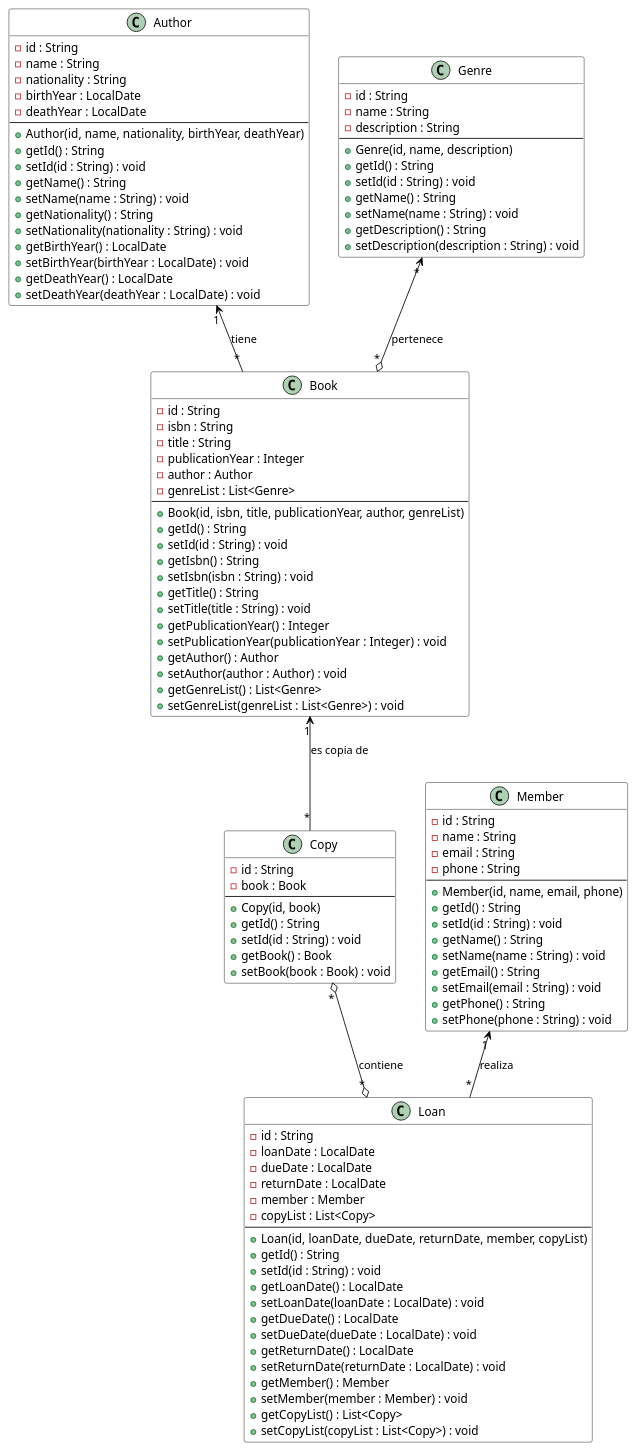
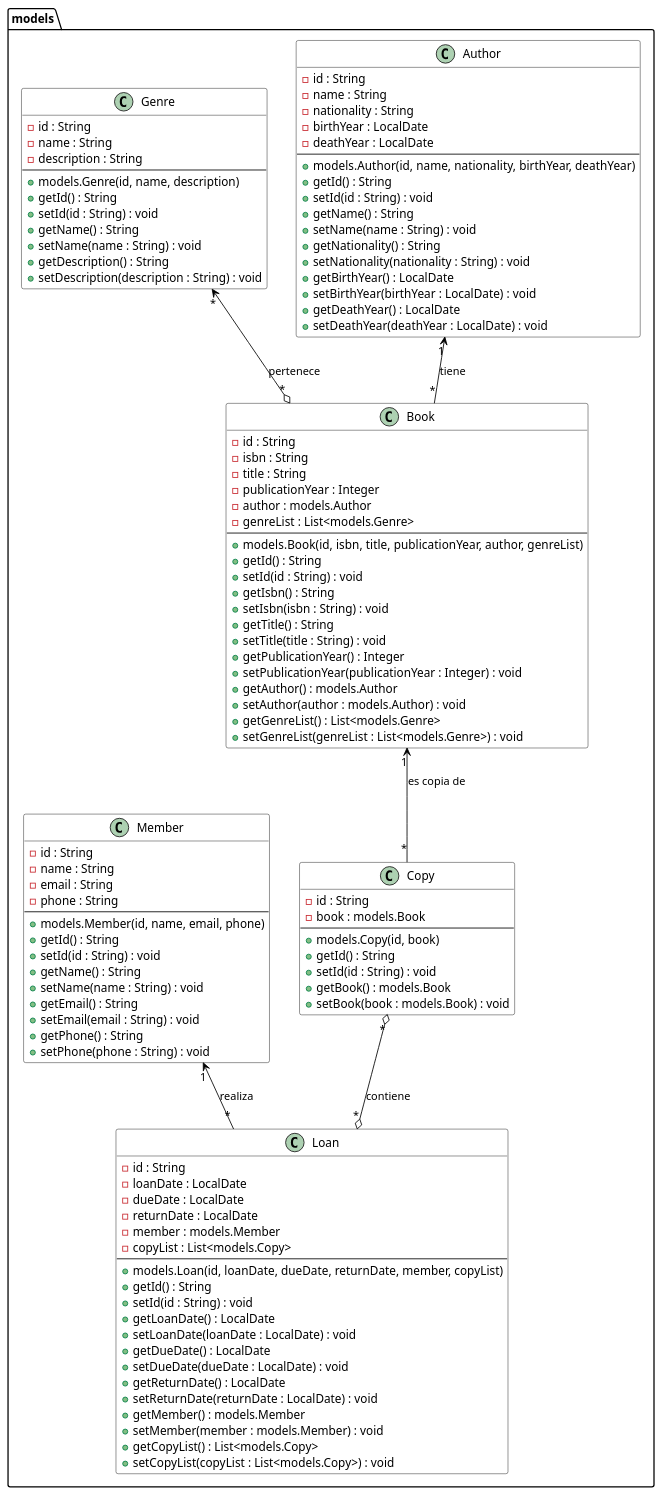
One commit to FernandoAMoyano/library_management changed the diagram in diagrams/diagrama_clases.wsd. Above: the diagram before and after it, drawn with PlantUML. The commit also changed 20 other files, not shown here.

```diff
--- a/diagrams/diagrama_clases.wsd
+++ b/diagrams/diagrama_clases.wsd
@@ -1,124 +1,124 @@
 @startuml Diagrama_Clases_Biblioteca
 
 skinparam class {
     BackgroundColor White
     BorderColor Black
     ArrowColor Black
 }
 
-class Author {
+class models.Author {
     - id : String
     - name : String
     - nationality : String
     - birthYear : LocalDate
     - deathYear : LocalDate
     --
-    + Author(id, name, nationality, birthYear, deathYear)
+    + models.Author(id, name, nationality, birthYear, deathYear)
     + getId() : String
     + setId(id : String) : void
     + getName() : String
     + setName(name : String) : void
     + getNationality() : String
     + setNationality(nationality : String) : void
     + getBirthYear() : LocalDate
     + setBirthYear(birthYear : LocalDate) : void
     + getDeathYear() : LocalDate
     + setDeathYear(deathYear : LocalDate) : void
 }
 
-class Genre {
+class models.Genre {
     - id : String
     - name : String
     - description : String
     --
-    + Genre(id, name, description)
+    + models.Genre(id, name, description)
     + getId() : String
     + setId(id : String) : void
     + getName() : String
     + setName(name : String) : void
     + getDescription() : String
     + setDescription(description : String) : void
 }
 
-class Book {
+class models.Book {
     - id : String
     - isbn : String
     - title : String
     - publicationYear : Integer
-    - author : Author
-    - genreList : List<Genre>
+    - author : models.Author
+    - genreList : List<models.Genre>
     --
-    + Book(id, isbn, title, publicationYear, author, genreList)
+    + models.Book(id, isbn, title, publicationYear, author, genreList)
     + getId() : String
     + setId(id : String) : void
     + getIsbn() : String
     + setIsbn(isbn : String) : void
     + getTitle() : String
     + setTitle(title : String) : void
     + getPublicationYear() : Integer
     + setPublicationYear(publicationYear : Integer) : void
-    + getAuthor() : Author
-    + setAuthor(author : Author) : void
-    + getGenreList() : List<Genre>
-    + setGenreList(genreList : List<Genre>) : void
+    + getAuthor() : models.Author
+    + setAuthor(author : models.Author) : void
+    + getGenreList() : List<models.Genre>
+    + setGenreList(genreList : List<models.Genre>) : void
 }
 
-class Copy {
+class models.Copy {
     - id : String
-    - book : Book
+    - book : models.Book
     --
-    + Copy(id, book)
+    + models.Copy(id, book)
     + getId() : String
     + setId(id : String) : void
-    + getBook() : Book
-    + setBook(book : Book) : void
+    + getBook() : models.Book
+    + setBook(book : models.Book) : void
 }
 
-class Member {
+class models.Member {
     - id : String
     - name : String
     - email : String
     - phone : String
     --
-    + Member(id, name, email, phone)
+    + models.Member(id, name, email, phone)
     + getId() : String
     + setId(id : String) : void
     + getName() : String
     + setName(name : String) : void
     + getEmail() : String
     + setEmail(email : String) : void
     + getPhone() : String
     + setPhone(phone : String) : void
 }
 
-class Loan {
+class models.Loan {
     - id : String
     - loanDate : LocalDate
     - dueDate : LocalDate
     - returnDate : LocalDate
-    - member : Member
-    - copyList : List<Copy>
+    - member : models.Member
+    - copyList : List<models.Copy>
     --
-    + Loan(id, loanDate, dueDate, returnDate, member, copyList)
+    + models.Loan(id, loanDate, dueDate, returnDate, member, copyList)
     + getId() : String
     + setId(id : String) : void
     + getLoanDate() : LocalDate
     + setLoanDate(loanDate : LocalDate) : void
     + getDueDate() : LocalDate
     + setDueDate(dueDate : LocalDate) : void
     + getReturnDate() : LocalDate
     + setReturnDate(returnDate : LocalDate) : void
-    + getMember() : Member
-    + setMember(member : Member) : void
-    + getCopyList() : List<Copy>
-    + setCopyList(copyList : List<Copy>) : void
+    + getMember() : models.Member
+    + setMember(member : models.Member) : void
+    + getCopyList() : List<models.Copy>
+    + setCopyList(copyList : List<models.Copy>) : void
 }
 
 ' Relaciones
-Author "1" <-- "*" Book : tiene
-Genre "*" <--o "*" Book : pertenece
-Book "1" <-- "*" Copy : es copia de
-Member "1" <-- "*" Loan : realiza
-Copy "*" o--o "*" Loan : contiene
+models.Author "1" <-- "*" models.Book : tiene
+models.Genre "*" <--o "*" models.Book : pertenece
+models.Book "1" <-- "*" models.Copy : es copia de
+models.Member "1" <-- "*" models.Loan : realiza
+models.Copy "*" o--o "*" models.Loan : contiene
 
 @enduml
```
